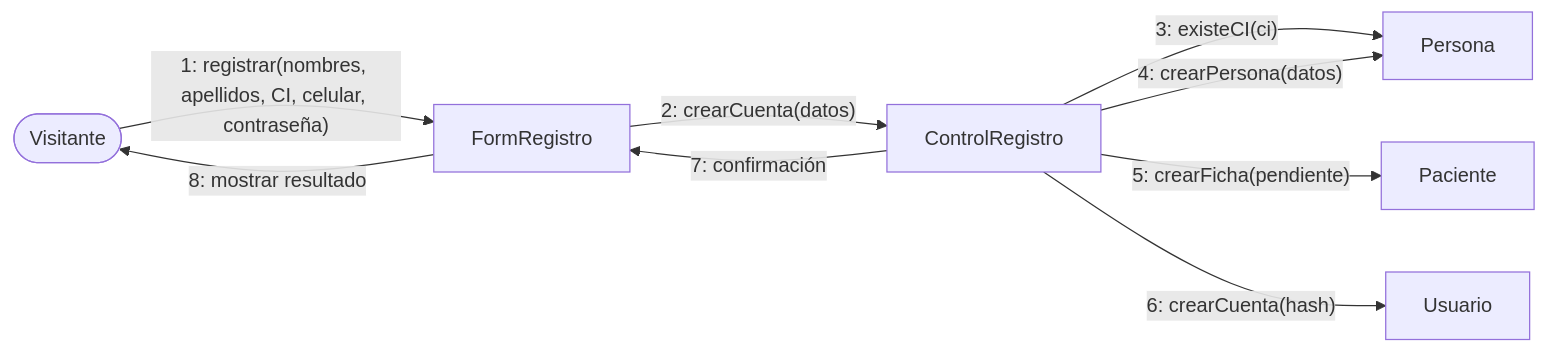
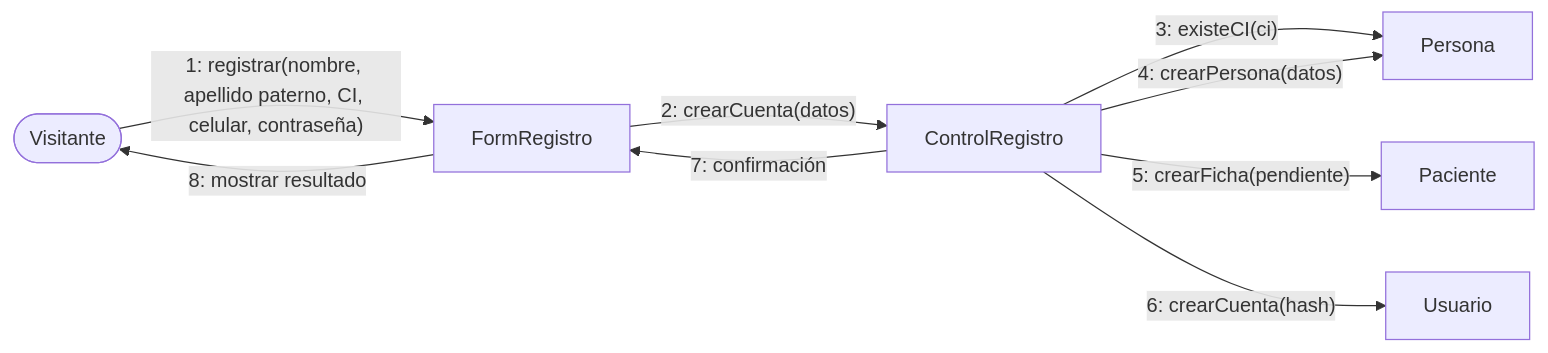
One commit to Einarpd26/2do-examen-ing-requisitos changed the sixth of 14 diagrams in documento/Informe-Final.md. Above: the diagram before and after it, drawn with Mermaid. The commit also changed other lines of this file, not shown here.

Commit message:
docs(informe): reflejar el nombre atomico de la persona en casos de uso, clases y modelo de datos

````diff
--- a/documento/Informe-Final.md
+++ b/documento/Informe-Final.md
@@ -698,11 +701,11 @@
 ```mermaid
 flowchart LR
-    V([Visitante]) -- "1: registrar(nombres, apellidos, CI, celular, contraseña)" --> B[FormRegistro]
+    V([Visitante]) -- "1: registrar(nombre, apellido paterno, CI, celular, contraseña)" --> B[FormRegistro]
     B -- "2: crearCuenta(datos)" --> C[ControlRegistro]
     C -- "3: existeCI(ci)" --> P[Persona]
     C -- "4: crearPersona(datos)" --> P
     C -- "5: crearFicha(pendiente)" --> F[Paciente]
     C -- "6: crearCuenta(hash)" --> E[Usuario]
     C -- "7: confirmación" --> B
     B -- "8: mostrar resultado" --> V
 ```
````
